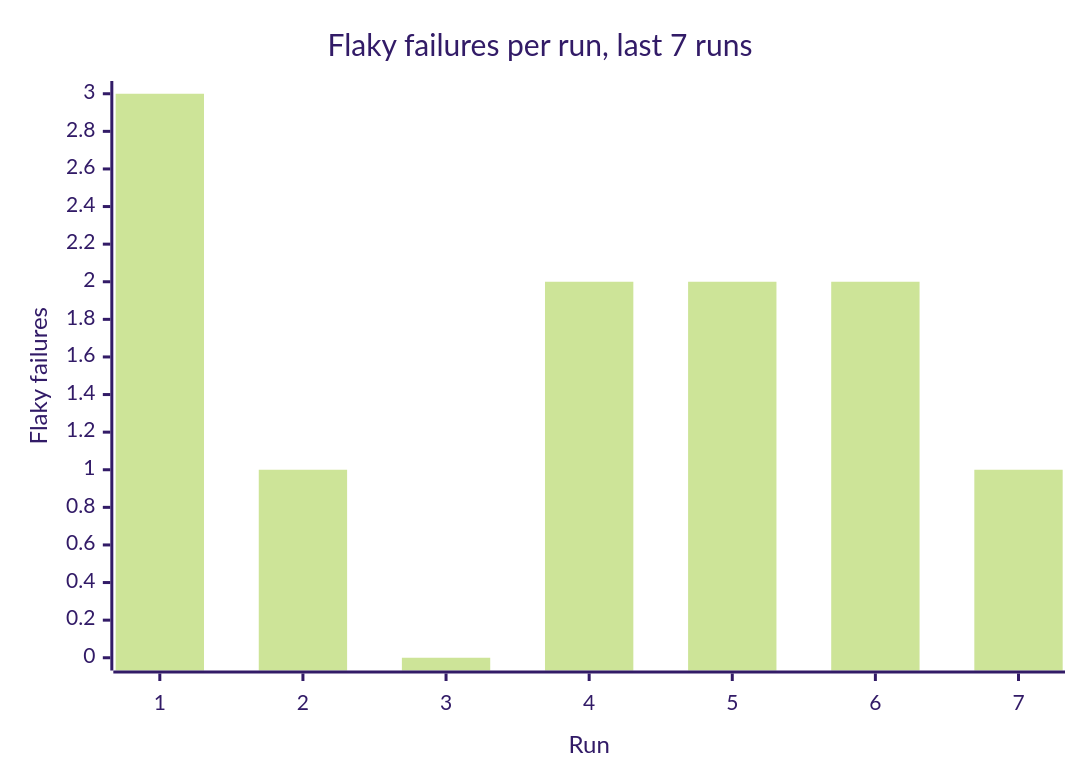
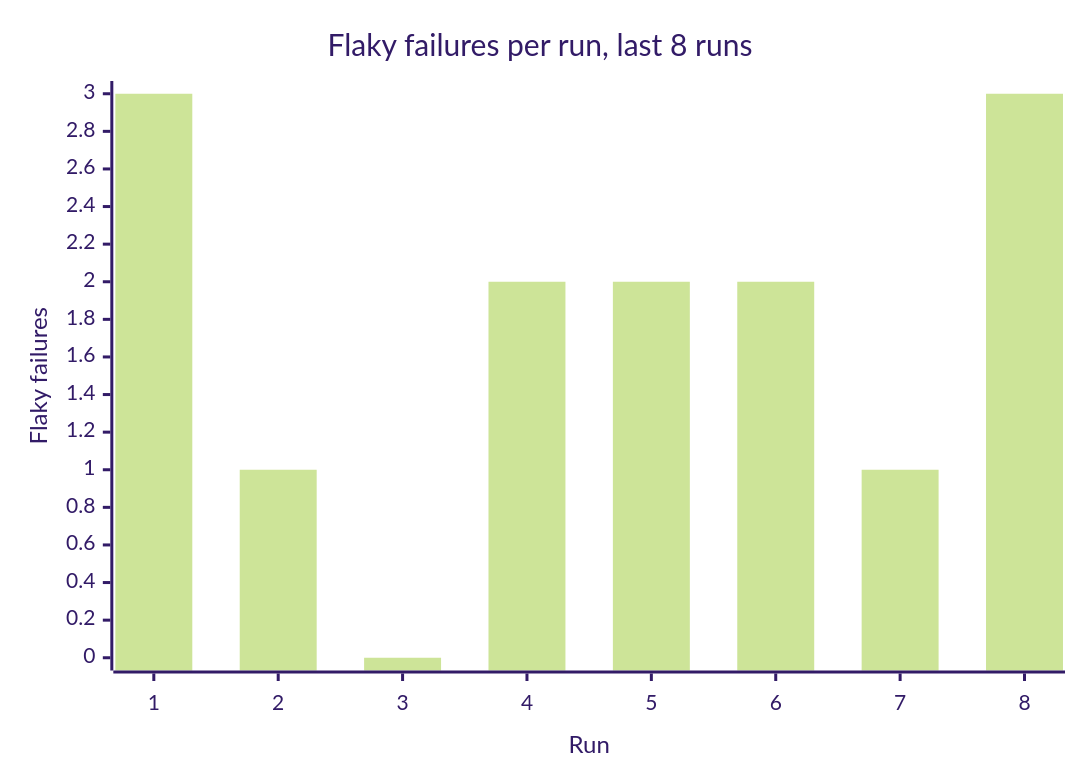
The second of 3 diagrams in reports/summary.md (Shirojoufu/Flaky-Test-Lab), drawn with Mermaid (forest theme) before and after one commit. The commit also changed other lines of this file and 7 other files, not shown here.

````diff
--- a/reports/summary.md
+++ b/reports/summary.md
@@ -51,7 +52,7 @@
 ```mermaid
 xychart-beta
-    title "Flaky failures per run, last 7 runs"
-    x-axis "Run" [1, 2, 3, 4, 5, 6, 7]
+    title "Flaky failures per run, last 8 runs"
+    x-axis "Run" [1, 2, 3, 4, 5, 6, 7, 8]
     y-axis "Flaky failures" 0 --> 3
-    bar [3, 1, 0, 2, 2, 2, 1]
+    bar [3, 1, 0, 2, 2, 2, 1, 3]
 ```
````
